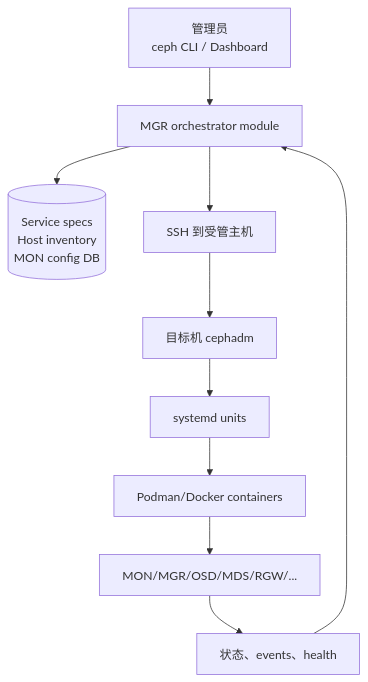
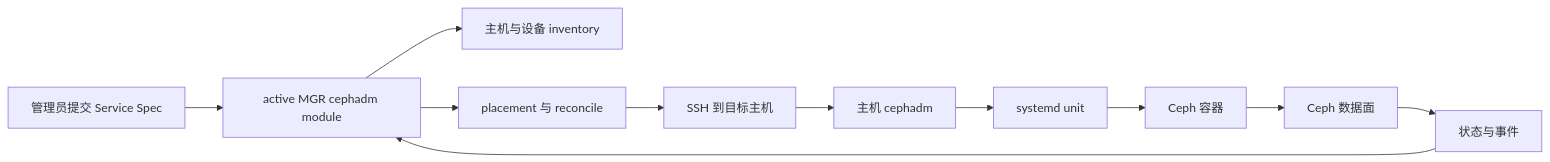
One commit to brinnatt/kubeauto changed the first of 43 diagrams in docs/storage/ceph/02-cephadm.md. Above: the diagram before and after it, drawn with Mermaid. The commit also changed other lines of this file and 1 other file, not shown here.

Commit message:
[new] cephadm supplied

````diff
--- a/docs/storage/ceph/02-cephadm.md
+++ b/docs/storage/ceph/02-cephadm.md
@@ -7,12 +15,13 @@
 ```mermaid
-flowchart TB
-  U[管理员<br/>ceph CLI / Dashboard] --> M[MGR orchestrator module]
-  M --> SPEC[(Service specs<br/>Host inventory<br/>MON config DB)]
-  M --> SSH[SSH 到受管主机]
-  SSH --> A[目标机 cephadm]
-  A --> SD[systemd units]
-  SD --> C[Podman/Docker containers]
-  C --> D[MON/MGR/OSD/MDS/RGW/...]
-  D --> EV[状态、events、health]
-  EV --> M
+flowchart LR
+  OP[管理员提交 Service Spec] --> MGR[active MGR cephadm module]
+  MGR --> INV[主机与设备 inventory]
+  MGR --> PLAN[placement 与 reconcile]
+  PLAN --> SSH[SSH 到目标主机]
+  SSH --> ADM[主机 cephadm]
+  ADM --> SD[systemd unit]
+  SD --> CTR[Ceph 容器]
+  CTR --> DATA[Ceph 数据面]
+  DATA --> OBS[状态与事件]
+  OBS --> MGR
 ```
````
